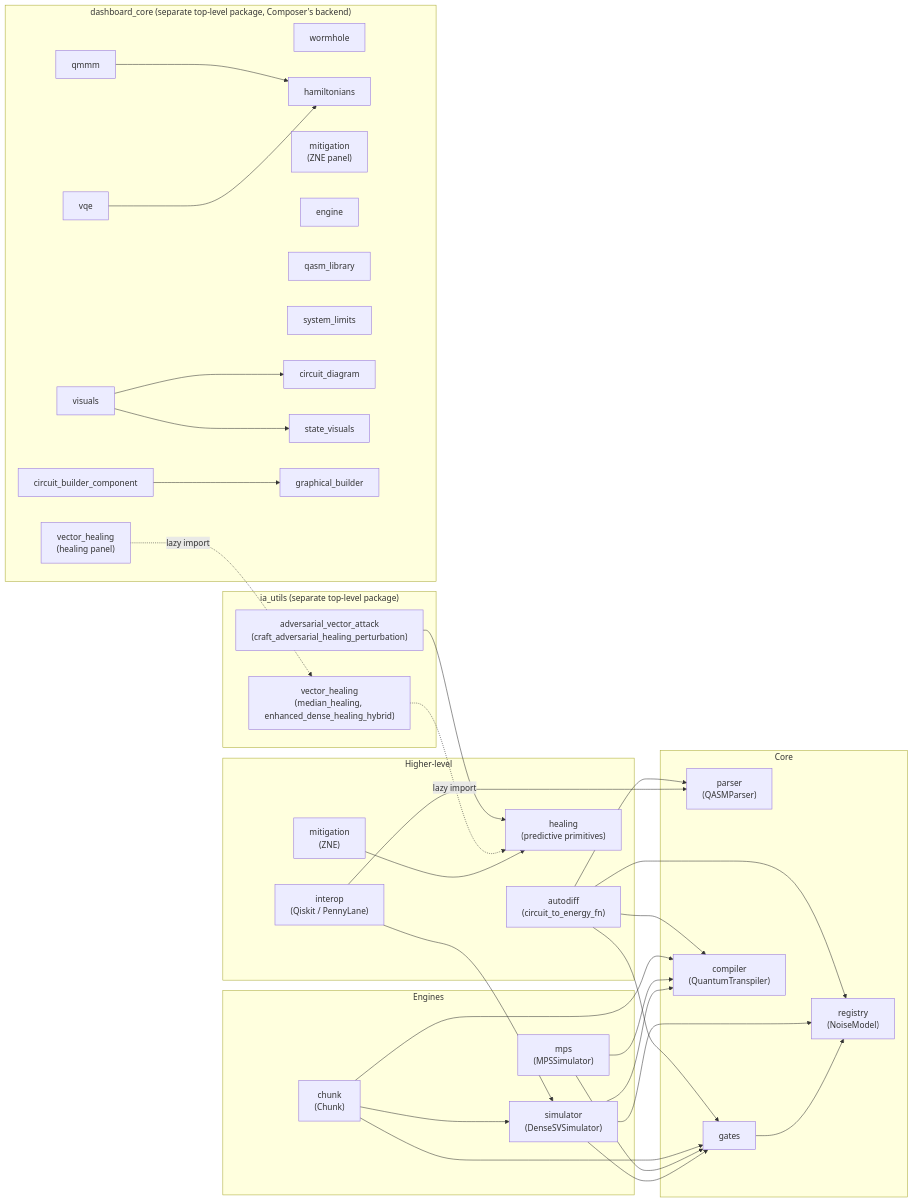
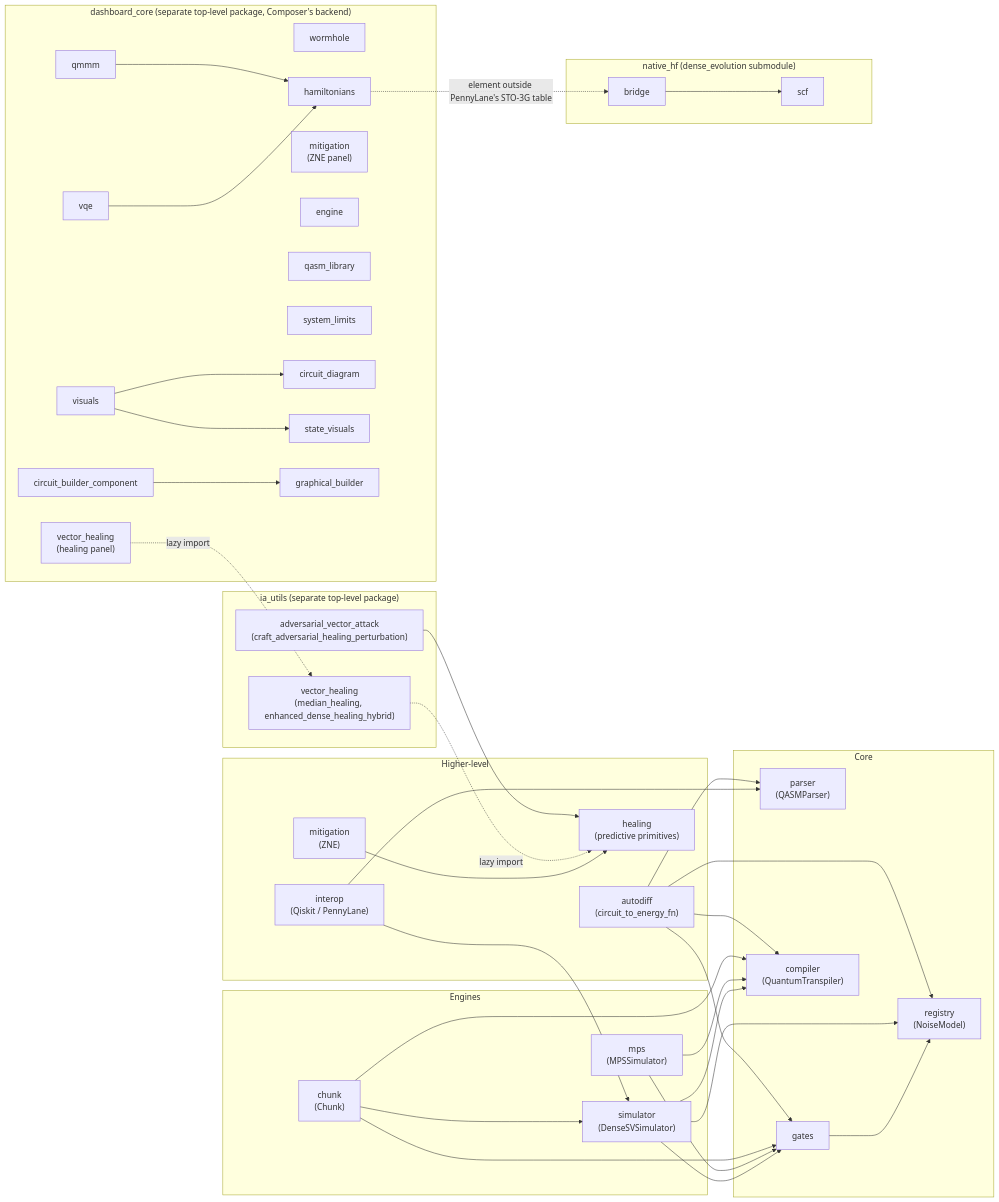
One commit to tatopenn-cell/Dense-Evolution changed the diagram in docs/index.md. Above: the diagram before and after it, drawn with Mermaid. The commit also changed other lines of this file and 5 other files, not shown here.

````diff
--- a/docs/index.md
+++ b/docs/index.md
@@ -107,70 +111,77 @@
 ```mermaid
 flowchart LR
     subgraph core["Core"]
         parser["parser<br/>(QASMParser)"]
         gates["gates"]
         registry["registry<br/>(NoiseModel)"]
         compiler["compiler<br/>(QuantumTranspiler)"]
     end
 
     subgraph engines["Engines"]
         simulator["simulator<br/>(DenseSVSimulator)"]
         mps["mps<br/>(MPSSimulator)"]
         chunk["chunk<br/>(Chunk)"]
     end
 
     subgraph higher["Higher-level"]
         interop["interop<br/>(Qiskit / PennyLane)"]
         autodiff["autodiff<br/>(circuit_to_energy_fn)"]
         healing["healing<br/>(predictive primitives)"]
         mitigation["mitigation<br/>(ZNE)"]
     end
 
     subgraph iautils["ia_utils (separate top-level package)"]
         vhealing["vector_healing<br/>(median_healing, enhanced_dense_healing_hybrid)"]
         advattack["adversarial_vector_attack<br/>(craft_adversarial_healing_perturbation)"]
+    end
+
+    subgraph nativehf["native_hf (dense_evolution submodule)"]
+        nhf_bridge["bridge"]
+        nhf_scf["scf"]
     end
 
     subgraph dashcore["dashboard_core (separate top-level package, Composer's backend)"]
         dc_wormhole["wormhole"]
         dc_vqe["vqe"]
         dc_hamiltonians["hamiltonians"]
         dc_qmmm["qmmm"]
         dc_mitigation["mitigation<br/>(ZNE panel)"]
         dc_vector_healing["vector_healing<br/>(healing panel)"]
         dc_engine["engine"]
         dc_qasm_library["qasm_library"]
         dc_system_limits["system_limits"]
         dc_circuit_diagram["circuit_diagram"]
         dc_state_visuals["state_visuals"]
         dc_visuals["visuals"]
         dc_graphical_builder["graphical_builder"]
         dc_circuit_builder_component["circuit_builder_component"]
     end
 
     gates --> registry
     simulator --> registry
     simulator --> gates
     simulator --> compiler
     mps --> compiler
     mps --> gates
     chunk --> simulator
     chunk --> compiler
     chunk --> gates
     interop --> parser
     interop --> simulator
     autodiff --> parser
     autodiff --> gates
     autodiff --> compiler
     autodiff --> registry
     mitigation --> healing
     vhealing -.->|lazy import| healing
     advattack --> healing
 
+    nhf_bridge --> nhf_scf
+    dc_hamiltonians -.->|element outside PennyLane's STO-3G table| nhf_bridge
     dc_vqe --> dc_hamiltonians
     dc_qmmm --> dc_hamiltonians
     dc_visuals --> dc_circuit_diagram
     dc_visuals --> dc_state_visuals
     dc_circuit_builder_component --> dc_graphical_builder
     dc_vector_healing -.->|lazy import| vhealing
 ```
````
